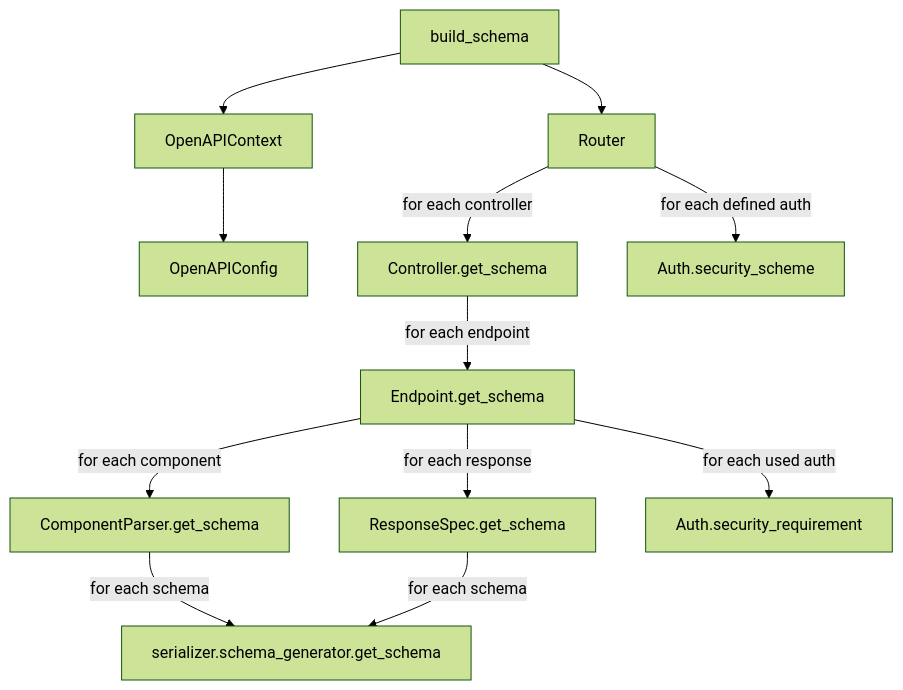
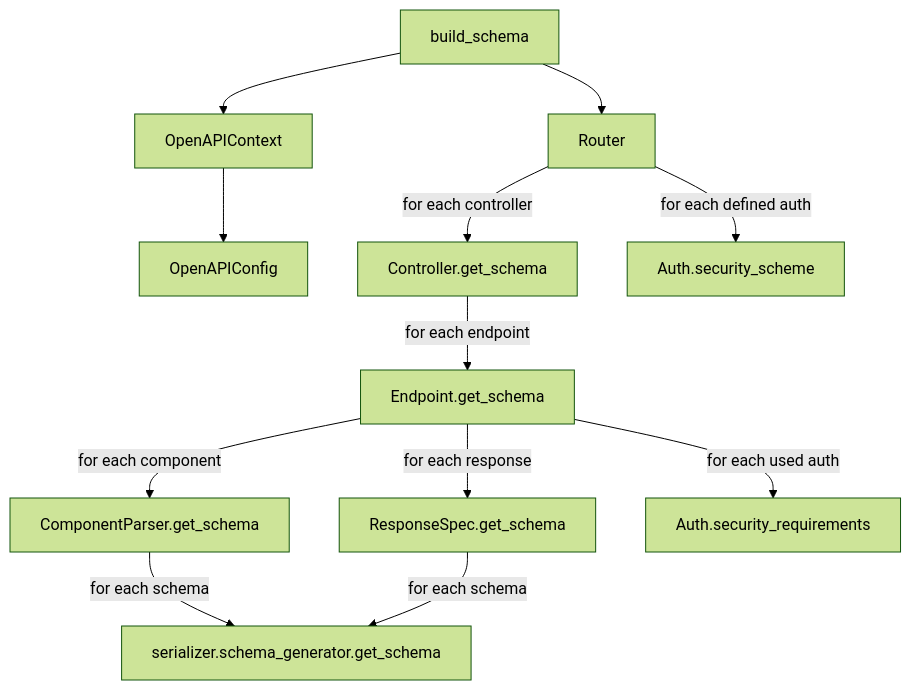
The diagram in docs/pages/openapi/openapi.rst (wemake-services/django-modern-rest), drawn with Mermaid (forest theme) before and after one commit.

```diff
--- a/docs/pages/openapi/openapi.rst
+++ b/docs/pages/openapi/openapi.rst
@@ -551,16 +551,16 @@
 .. mermaid::
   :caption: OpenAPI spec generation
   :config: {"theme": "forest"}
 
   graph
       Start[build_schema] --> OpenAPIContext[OpenAPIContext];
       Start[build_schema] --> Router[Router];
       OpenAPIContext --> OpenAPIConfig[OpenAPIConfig];
       Router -->|for each controller| Controller[Controller.get_schema];
       Router -->|for each defined auth| SecurityScheme[Auth.security_scheme];
       Controller -->|for each endpoint| Endpoint[Endpoint.get_schema];
       Endpoint -->|for each component| ComponentParser[ComponentParser.get_schema]
       Endpoint -->|for each response| ResponseSpec[ResponseSpec.get_schema];
-      Endpoint -->|for each used auth| SecurityRequirement[Auth.security_requirement];
+      Endpoint -->|for each used auth| SecurityRequirements[Auth.security_requirements];
       ComponentParser -->|for each schema| Schema[serializer.schema_generator.get_schema];
       ResponseSpec -->|for each schema| Schema[serializer.schema_generator.get_schema];
```
